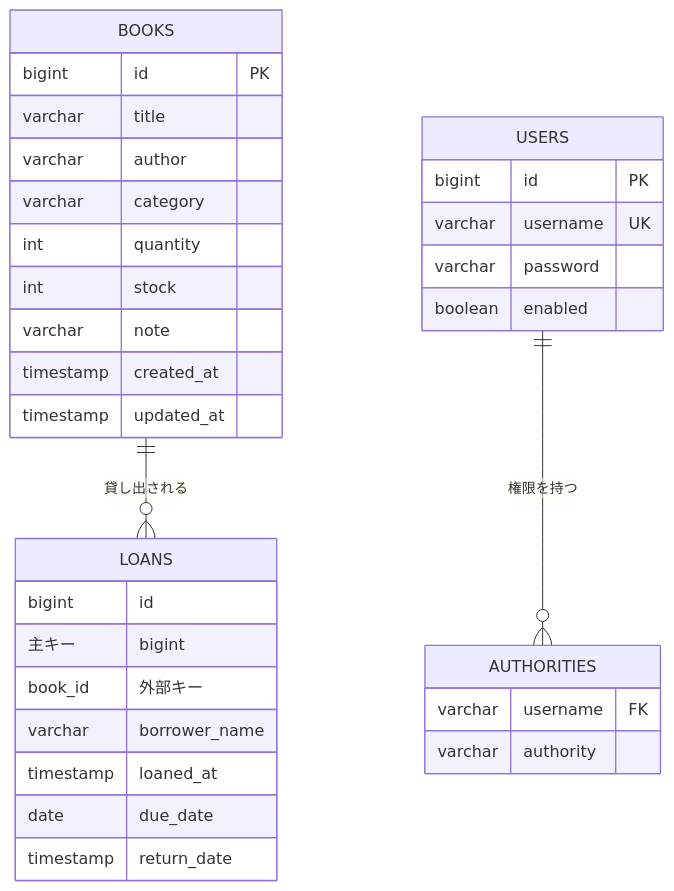
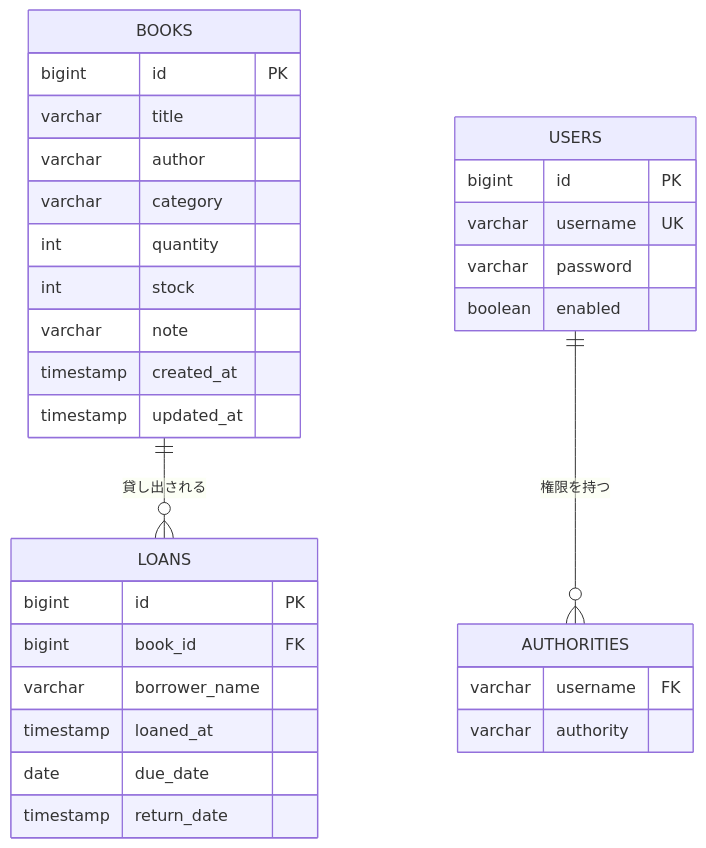
Before and after one commit to akito256a/zosyo-submission: the second of 2 diagrams in README.md, drawn with Mermaid.

Commit message:
docs: README.mdを編集

````diff
--- a/README.md
+++ b/README.md
@@ -180,38 +180,38 @@
 ```mermaid
 erDiagram
     BOOKS ||--o{ LOANS : "貸し出される"
     USERS ||--o{ AUTHORITIES : "権限を持つ"
 
     BOOKS {
         bigint id PK
         varchar title
         varchar author
         varchar category
         int quantity
         int stock
         varchar note
         timestamp created_at
         timestamp updated_at
     }
 
     LOANS {
-        bigint id 主キー
-        bigint book_id 外部キー
+        bigint id PK
+        bigint book_id FK
         varchar borrower_name
         timestamp loaned_at
         date due_date
         timestamp return_date
     }
 
     USERS {
         bigint id PK
         varchar username UK
         varchar password
         boolean enabled
     }
 
     AUTHORITIES {
         varchar username FK
         varchar authority
     }
 ```
````
